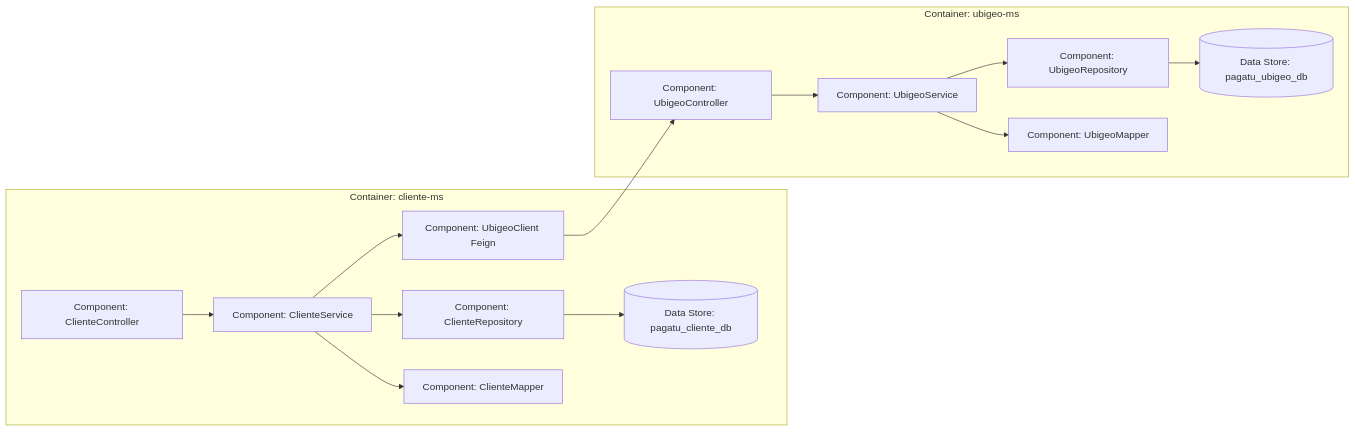
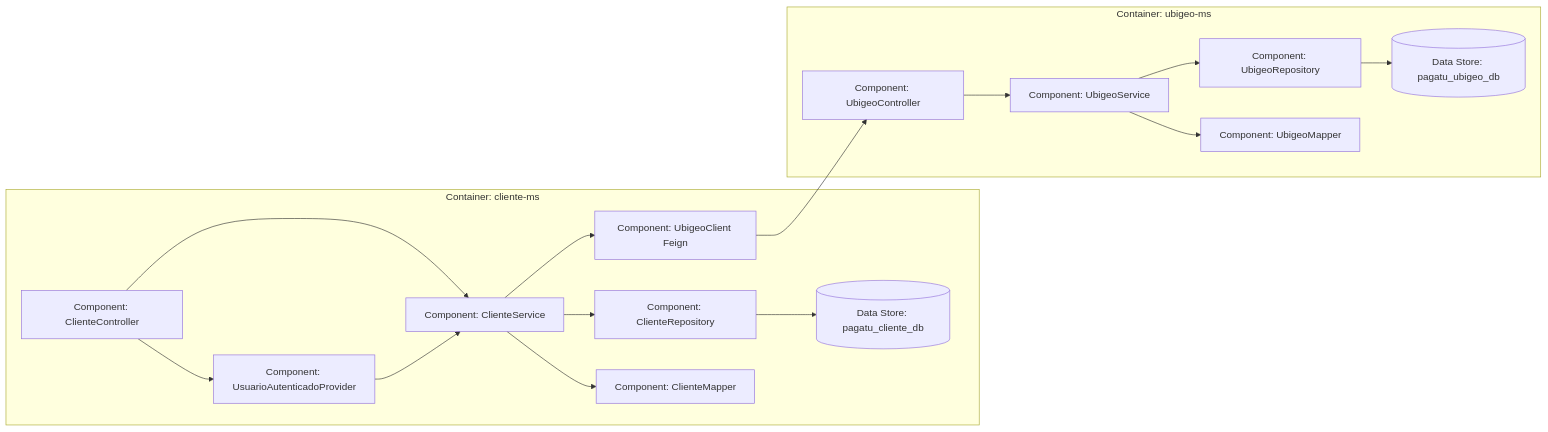
One commit to 262dist/pagatu changed the sixth of 15 diagrams in README_02_ARQUITECTURA_DETALLADA.md. Above: the diagram before and after it, drawn with Mermaid. The commit also changed other lines of this file, not shown here.

````diff
--- a/README_02_ARQUITECTURA_DETALLADA.md
+++ b/README_02_ARQUITECTURA_DETALLADA.md
@@ -201,32 +202,35 @@
 ```mermaid
 flowchart LR
     subgraph cliente["Container: cliente-ms"]
         clienteController["Component: ClienteController"]
         clienteService["Component: ClienteService"]
+        usuarioContext["Component: UsuarioAutenticadoProvider"]
         ubigeoClient["Component: UbigeoClient Feign"]
         clienteRepo["Component: ClienteRepository"]
         clienteMapper["Component: ClienteMapper"]
         clienteDb[(Data Store: pagatu_cliente_db)]
 
+        clienteController --> usuarioContext
         clienteController --> clienteService
+        usuarioContext --> clienteService
         clienteService --> ubigeoClient
         clienteService --> clienteRepo
         clienteService --> clienteMapper
         clienteRepo --> clienteDb
     end
 
     subgraph ubigeo["Container: ubigeo-ms"]
         ubigeoController["Component: UbigeoController"]
         ubigeoService["Component: UbigeoService"]
         ubigeoRepo["Component: UbigeoRepository"]
         ubigeoMapper["Component: UbigeoMapper"]
         ubigeoDb[(Data Store: pagatu_ubigeo_db)]
 
         ubigeoController --> ubigeoService
         ubigeoService --> ubigeoRepo
         ubigeoService --> ubigeoMapper
         ubigeoRepo --> ubigeoDb
     end
 
     ubigeoClient --> ubigeoController
 ```
````
